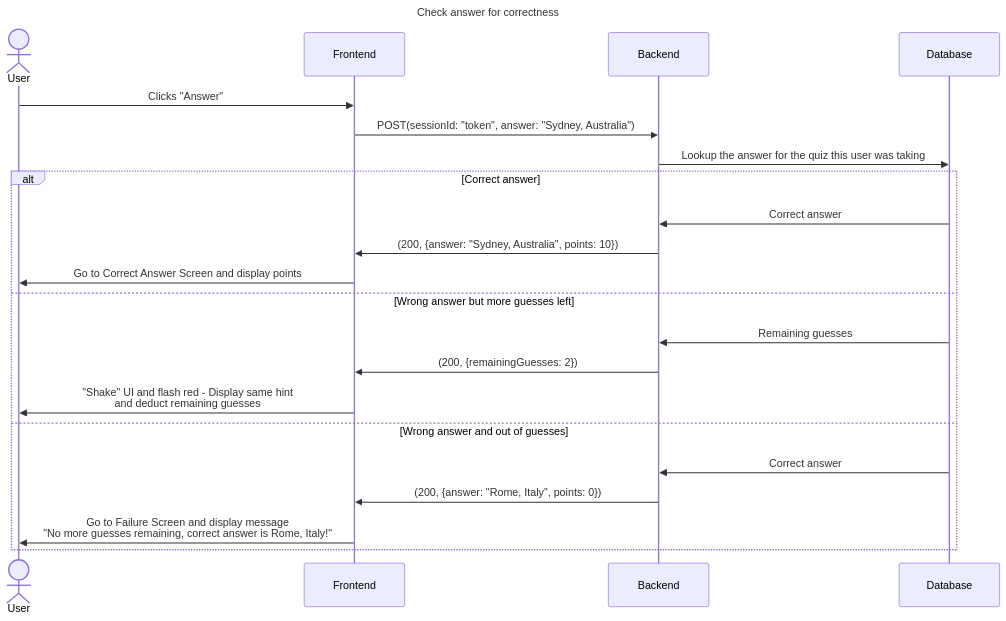
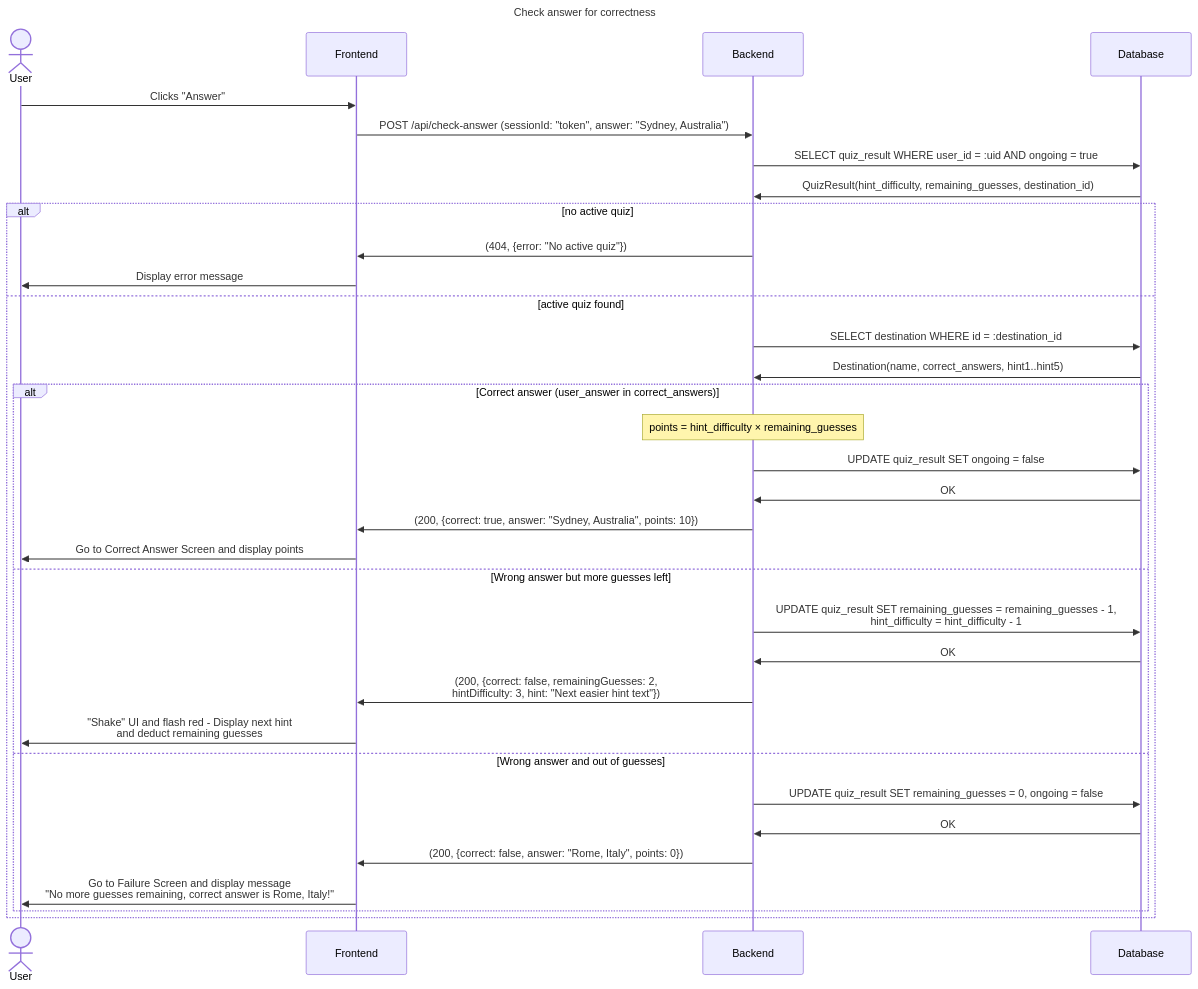
The diagram in docs/check_answer.md (fylke/travel-quizzer), drawn with Mermaid before and after one commit. The commit also changed 1 other file, not shown here.

Commit message:
Add detail to the database communication

````diff
--- a/docs/check_answer.md
+++ b/docs/check_answer.md
@@ -1,27 +1,41 @@
 ```mermaid
 sequenceDiagram
     title Check answer for correctness
 
     actor User
     participant Frontend
     participant Backend
     participant Database
 
     User->>Frontend: Clicks "Answer"
-    Frontend->>Backend: POST(sessionId: "token", answer: "Sydney, Australia")
-    Backend->>Database: Lookup the answer for the quiz this user was taking
+    Frontend->>Backend: POST /api/check-answer (sessionId: "token", answer: "Sydney, Australia")
 
-    alt Correct answer
-        Database->>Backend: Correct answer
-        Backend->>Frontend: (200, {answer: "Sydney, Australia", points: 10})
-        Frontend->>User: Go to Correct Answer Screen and display points
-    else Wrong answer but more guesses left
-        Database->>Backend: Remaining guesses
-        Backend->>Frontend: (200, {remainingGuesses: 2})
-        Frontend->>User: "Shake" UI and flash red - Display same hint<br/>and deduct remaining guesses
-    else Wrong answer and out of guesses
-        Database->>Backend: Correct answer
-        Backend->>Frontend: (200, {answer: "Rome, Italy", points: 0})
-        Frontend->>User: Go to Failure Screen and display message<br/>"No more guesses remaining, correct answer is Rome, Italy!"
+    Backend->>Database: SELECT quiz_result WHERE user_id = :uid AND ongoing = true
+    Database->>Backend: QuizResult(hint_difficulty, remaining_guesses, destination_id)
+
+    alt no active quiz
+        Backend->>Frontend: (404, {error: "No active quiz"})
+        Frontend->>User: Display error message
+    else active quiz found
+        Backend->>Database: SELECT destination WHERE id = :destination_id
+        Database->>Backend: Destination(name, correct_answers, hint1..hint5)
+
+        alt Correct answer (user_answer in correct_answers)
+            Note over Backend: points = hint_difficulty × remaining_guesses
+            Backend->>Database: UPDATE quiz_result SET ongoing = false
+            Database->>Backend: OK
+            Backend->>Frontend: (200, {correct: true, answer: "Sydney, Australia", points: 10})
+            Frontend->>User: Go to Correct Answer Screen and display points
+        else Wrong answer but more guesses left
+            Backend->>Database: UPDATE quiz_result SET remaining_guesses = remaining_guesses - 1,<br/>hint_difficulty = hint_difficulty - 1
+            Database->>Backend: OK
+            Backend->>Frontend: (200, {correct: false, remainingGuesses: 2,<br/>hintDifficulty: 3, hint: "Next easier hint text"})
+            Frontend->>User: "Shake" UI and flash red - Display next hint<br/>and deduct remaining guesses
+        else Wrong answer and out of guesses
+            Backend->>Database: UPDATE quiz_result SET remaining_guesses = 0, ongoing = false
+            Database->>Backend: OK
+            Backend->>Frontend: (200, {correct: false, answer: "Rome, Italy", points: 0})
+            Frontend->>User: Go to Failure Screen and display message<br/>"No more guesses remaining, correct answer is Rome, Italy!"
+        end
     end
 ```
````
